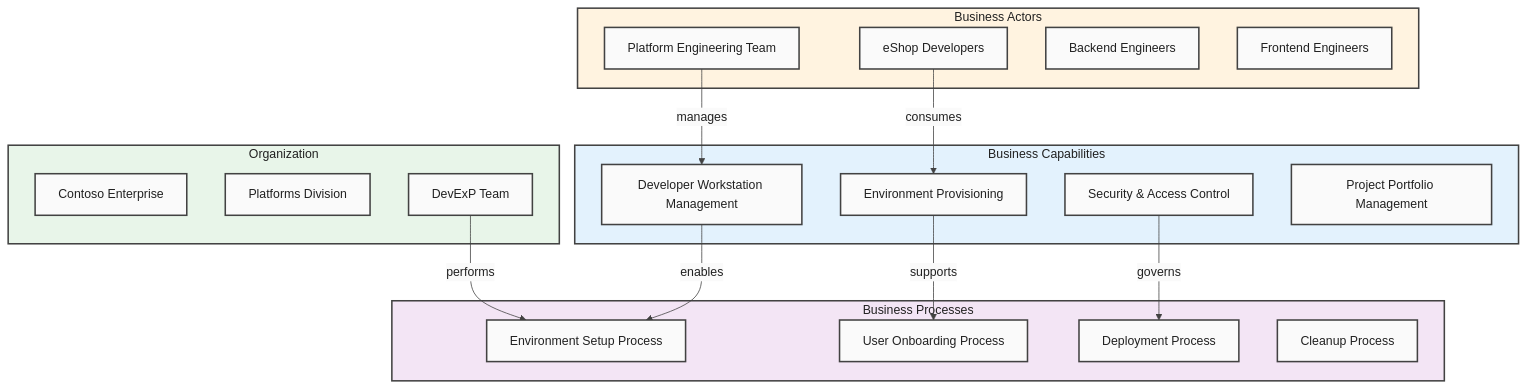
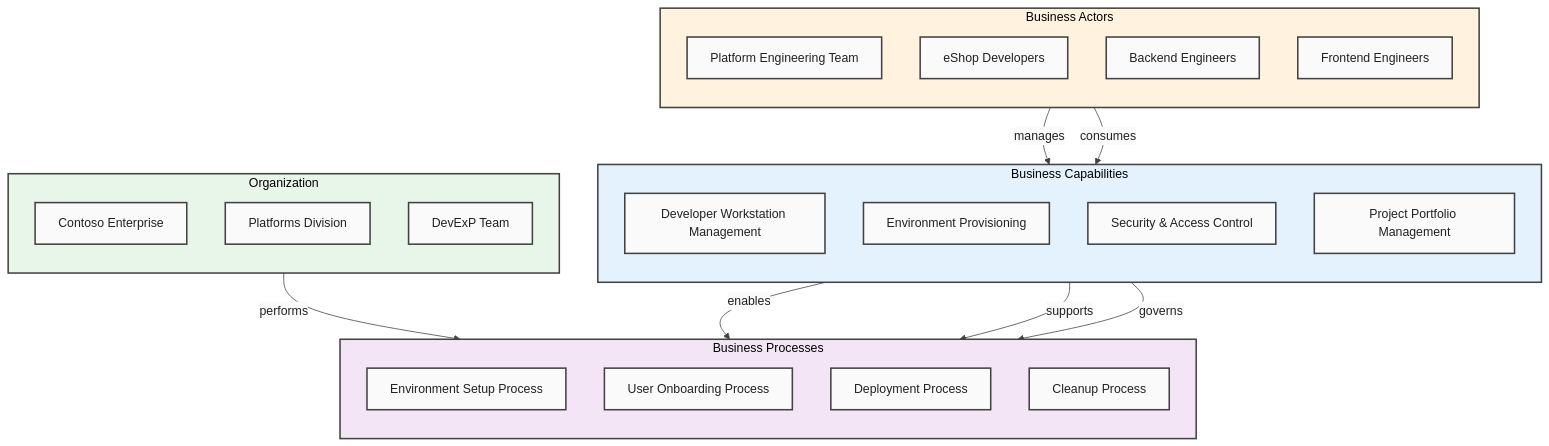
The first of 11 diagrams in docs/architecture/Business.md (Evilazaro/DevExp-DevBox), drawn with Mermaid before and after one commit. The commit also changed other lines of this file, not shown here.

Commit message:
docs: enhance Business Architecture document with flowchart direction and styling improvements

````diff
--- a/docs/architecture/Business.md
+++ b/docs/architecture/Business.md
@@ -117,49 +117,58 @@
 ```mermaid
 %%{init: {'theme': 'base', 'themeVariables': { 'primaryColor': '#FAFAFA', 'primaryBorderColor': '#424242', 'primaryTextColor': '#212121', 'lineColor': '#424242'}}}%%
 flowchart TB
     %% Style Definitions
     classDef default fill:#FAFAFA,stroke:#424242,stroke-width:2px,color:#212121
     classDef level1 fill:#E3F2FD,stroke:#424242,stroke-width:2px,color:#212121
     classDef level2 fill:#F3E5F5,stroke:#424242,stroke-width:2px,color:#212121
     classDef level3 fill:#E8F5E9,stroke:#424242,stroke-width:2px,color:#212121
     classDef accent fill:#FFF3E0,stroke:#424242,stroke-width:2px,color:#212121
 
     subgraph BC["Business Capabilities"]
+        direction TB
         BC1["Developer Workstation Management"]
         BC2["Environment Provisioning"]
         BC3["Security & Access Control"]
         BC4["Project Portfolio Management"]
     end
 
     subgraph BP["Business Processes"]
+        direction TB
         BP1["Environment Setup Process"]
         BP2["User Onboarding Process"]
         BP3["Deployment Process"]
         BP4["Cleanup Process"]
     end
 
     subgraph ORG["Organization"]
+        direction TB
         ORG1["Contoso Enterprise"]
         ORG2["Platforms Division"]
         ORG3["DevExP Team"]
     end
 
     subgraph ACT["Business Actors"]
+        direction TB
         ACT1["Platform Engineering Team"]
         ACT2["eShop Developers"]
         ACT3["Backend Engineers"]
         ACT4["Frontend Engineers"]
     end
 
     BC1 -->|"enables"| BP1
     BC2 -->|"supports"| BP2
     BC3 -->|"governs"| BP3
     ORG3 -->|"performs"| BP1
     ACT1 -->|"manages"| BC1
     ACT2 -->|"consumes"| BC2
 
     class BC level1
     class BP level2
     class ORG level3
     class ACT accent
+
+    style BC fill:#E3F2FD,stroke:#424242,stroke-width:2px
+    style BP fill:#F3E5F5,stroke:#424242,stroke-width:2px
+    style ORG fill:#E8F5E9,stroke:#424242,stroke-width:2px
+    style ACT fill:#FFF3E0,stroke:#424242,stroke-width:2px
 ```
````
